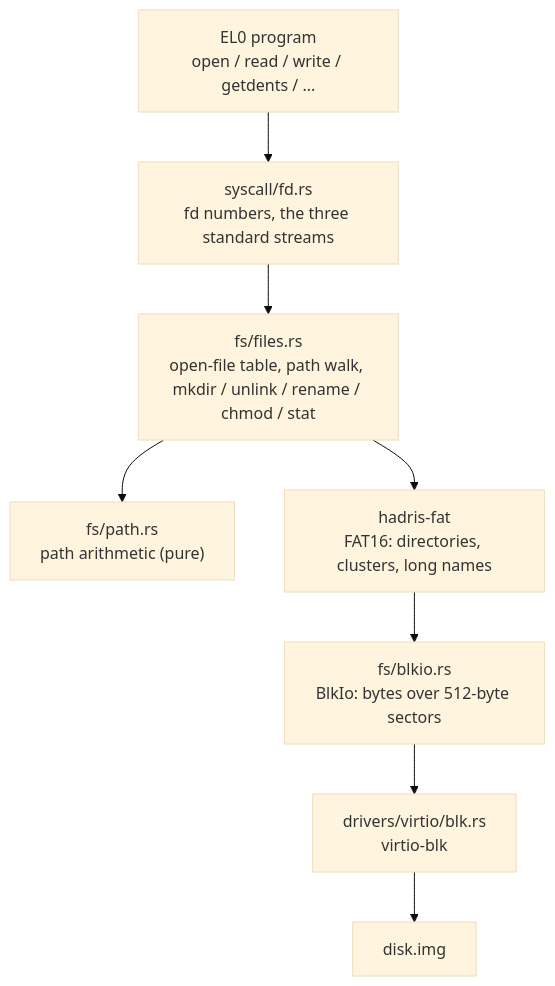
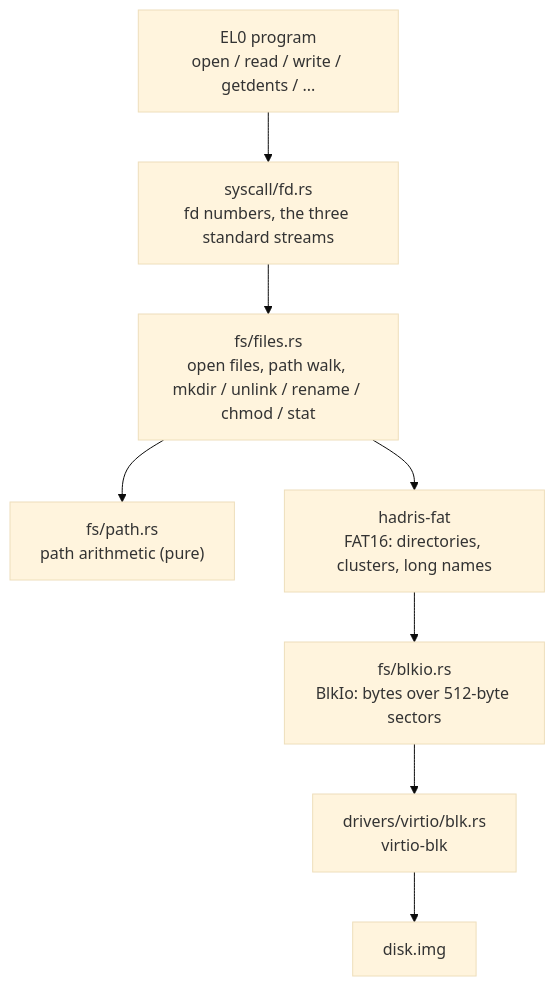
Before and after one commit to yinchi/qemu_lab: the diagram in rust/docs/filesystem.md, drawn with Mermaid (base theme). The commit also changed other lines of this file and 16 other files, not shown here.

````diff
--- a/rust/docs/filesystem.md
+++ b/rust/docs/filesystem.md
@@ -7,15 +7,15 @@
 ```mermaid
 flowchart TD
     prog["EL0 program<br/>open / read / write / getdents / ..."]
     fd["syscall/fd.rs<br/>fd numbers, the three standard streams"]
-    files["fs/files.rs<br/>open-file table, path walk, mkdir / unlink / rename / chmod / stat"]
+    files["fs/files.rs<br/>open files, path walk, mkdir / unlink / rename / chmod / stat"]
     path["fs/path.rs<br/>path arithmetic (pure)"]
     fat["hadris-fat<br/>FAT16: directories, clusters, long names"]
     blkio["fs/blkio.rs<br/>BlkIo: bytes over 512-byte sectors"]
     blk["drivers/virtio/blk.rs<br/>virtio-blk"]
     img["disk.img"]
 
     prog --> fd --> files
     files --> path
     files --> fat --> blkio --> blk --> img
 ```
````
